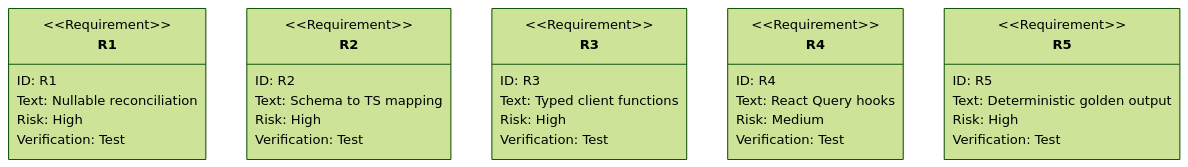
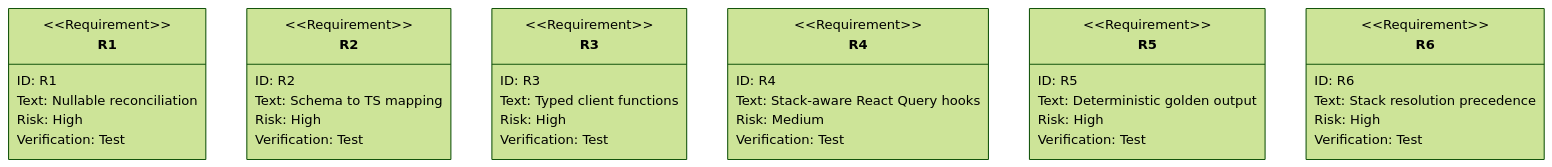
The second of 2 diagrams in .aw/tech-design/projects/jet/interfaces/cli/openapi-client-codegen-types-fetch-client-react-query-hooks.md (chrischeng-c4/axiom), drawn with Mermaid (forest theme) before and after one commit. The commit also changed other lines of this file and 115 other files, not shown here.

First line of the commit message:
feat(jet): add stack-aware codegen and readiness gates

````diff
--- a/.aw/tech-design/projects/jet/interfaces/cli/openapi-client-codegen-types-fetch-client-react-query-hooks.md
+++ b/.aw/tech-design/projects/jet/interfaces/cli/openapi-client-codegen-types-fetch-client-react-query-hooks.md
@@ -75,57 +84,67 @@
 ```mermaid
 ---
 id: jet-codegen-openapi-unit-test
 requirements:
   R1:
     text: "3.0 nullable and 3.1 type-array nullability both produce a nullable union."
     risk: high
     verify: unit
   R2:
     text: "Schema mapping covers object, array, enum, oneOf, anyOf, allOf, ref, additionalProperties, required vs optional."
     risk: high
     verify: unit
   R3:
     text: "Client functions name from operationId with method-path fallback and type path, query, body, and response."
     risk: high
     verify: unit
   R4:
-    text: "Hooks emit useQuery for GET and useMutation for write methods."
+    text: "Hooks emit useQuery for GET and useMutation for write methods only when the resolved hook runtime is React Query."
     risk: medium
     verify: unit
   R5:
     text: "Generated output is deterministic and matches committed golden snapshots."
     risk: high
     verify: command
+  R6:
+    text: "CLI flags override jet.toml [codegen.openapi], which overrides package.json auto-detection for stack/http/hooks."
+    risk: high
+    verify: unit
 ---
 requirementDiagram
 requirement R1 {
   id: R1
   text: "Nullable reconciliation"
   risk: High
   verifymethod: Test
 }
 requirement R2 {
   id: R2
   text: "Schema to TS mapping"
   risk: High
   verifymethod: Test
 }
 requirement R3 {
   id: R3
   text: "Typed client functions"
   risk: High
   verifymethod: Test
 }
 requirement R4 {
   id: R4
-  text: "React Query hooks"
+  text: "Stack-aware React Query hooks"
   risk: Medium
   verifymethod: Test
 }
 requirement R5 {
   id: R5
   text: "Deterministic golden output"
   risk: High
   verifymethod: Test
 }
+requirement R6 {
+  id: R6
+  text: "Stack resolution precedence"
+  risk: High
+  verifymethod: Test
+}
 ```
````
